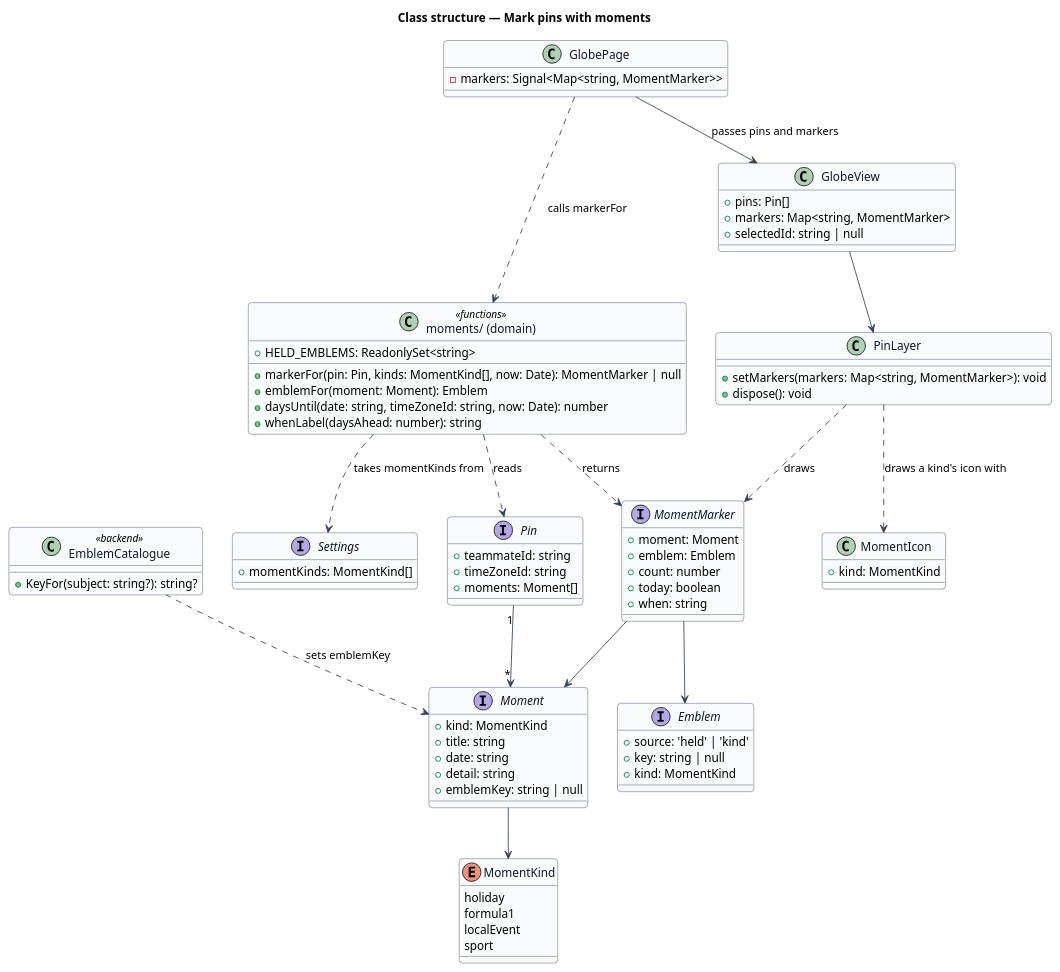
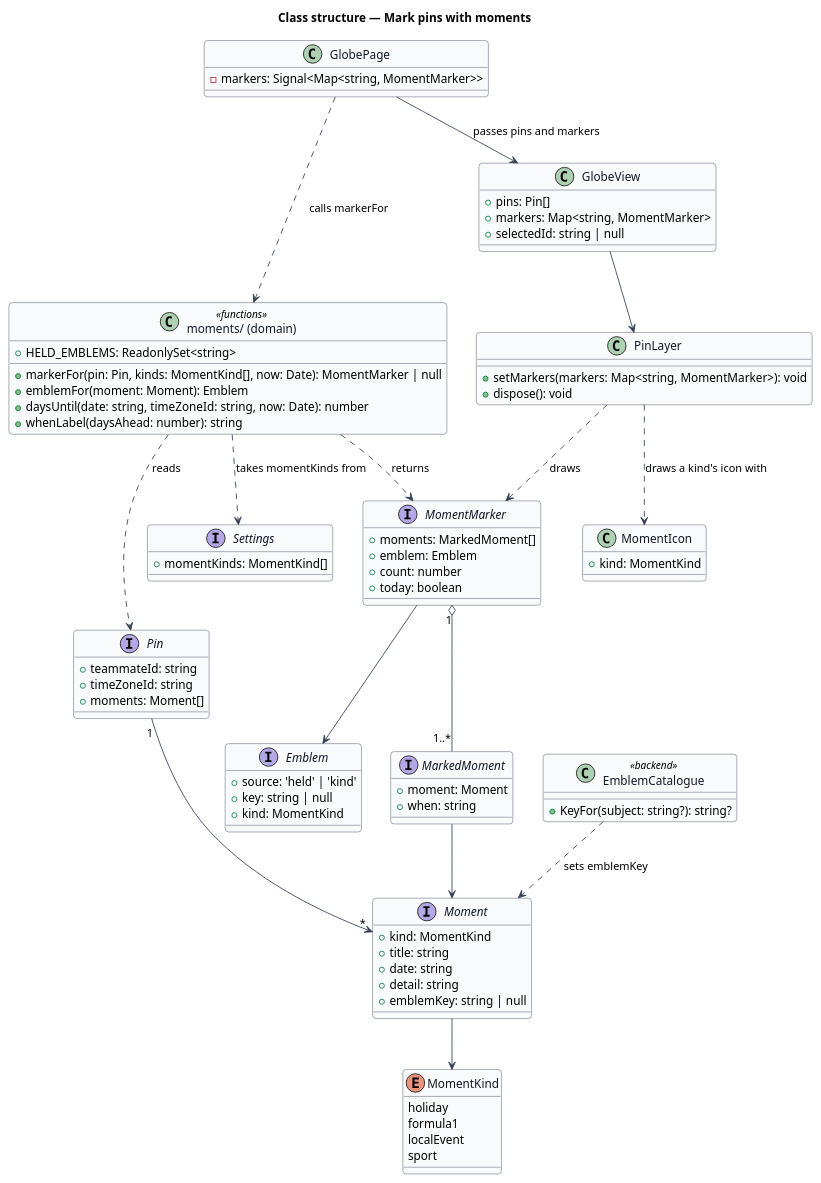
Before and after one commit to QuinntyneBrown/Mondino: the diagram in docs/detailed-designs/moments/mark-pins-with-moments/diagrams/class-structure.puml, drawn with PlantUML. The commit also changed 91 other files, not shown here.

```diff
--- a/docs/detailed-designs/moments/mark-pins-with-moments/diagrams/class-structure.puml
+++ b/docs/detailed-designs/moments/mark-pins-with-moments/diagrams/class-structure.puml
@@ -1,99 +1,104 @@
 @startuml
 ' --- shared skin header ---
 skinparam backgroundColor #FFFFFF
 skinparam shadowing false
 skinparam roundcorner 8
 skinparam defaultFontName Arial
 skinparam ArrowColor #344054
 skinparam class {
   BorderColor #344054
   FontColor #101828
   BackgroundColor #F9FAFB
 }
 ' --------------------------
 title Class structure — Mark pins with moments
 
 enum MomentKind {
   holiday
   formula1
   localEvent
   sport
 }
 
 interface Moment {
   +kind: MomentKind
   +title: string
   +date: string
   +detail: string
   +emblemKey: string | null
 }
 
 interface Pin {
   +teammateId: string
   +timeZoneId: string
   +moments: Moment[]
 }
 
 interface Settings {
   +momentKinds: MomentKind[]
 }
 
 interface Emblem {
   +source: 'held' | 'kind'
   +key: string | null
   +kind: MomentKind
 }
 
+interface MarkedMoment {
+  +moment: Moment
+  +when: string
+}
+
 interface MomentMarker {
-  +moment: Moment
+  +moments: MarkedMoment[]
   +emblem: Emblem
   +count: number
   +today: boolean
-  +when: string
 }
 
 class "moments/ (domain)" as moments <<functions>> {
   +markerFor(pin: Pin, kinds: MomentKind[], now: Date): MomentMarker | null
   +emblemFor(moment: Moment): Emblem
   +daysUntil(date: string, timeZoneId: string, now: Date): number
   +whenLabel(daysAhead: number): string
   +HELD_EMBLEMS: ReadonlySet<string>
 }
 
 class EmblemCatalogue <<backend>> {
   +KeyFor(subject: string?): string?
 }
 
 class GlobePage {
   -markers: Signal<Map<string, MomentMarker>>
 }
 
 class GlobeView {
   +pins: Pin[]
   +markers: Map<string, MomentMarker>
   +selectedId: string | null
 }
 
 class PinLayer {
   +setMarkers(markers: Map<string, MomentMarker>): void
   +dispose(): void
 }
 
 class MomentIcon {
   +kind: MomentKind
 }
 
 GlobePage ..> moments : calls markerFor
 GlobePage --> GlobeView : passes pins and markers
 moments ..> Pin : reads
 moments ..> Settings : takes momentKinds from
 moments ..> MomentMarker : returns
-MomentMarker --> Moment
+MomentMarker "1" o-- "1..*" MarkedMoment
+MarkedMoment --> Moment
 MomentMarker --> Emblem
 Pin "1" --> "*" Moment
 Moment --> MomentKind
 EmblemCatalogue ..> Moment : sets emblemKey
 GlobeView --> PinLayer
 PinLayer ..> MomentMarker : draws
 PinLayer ..> MomentIcon : draws a kind's icon with
 @enduml
```
